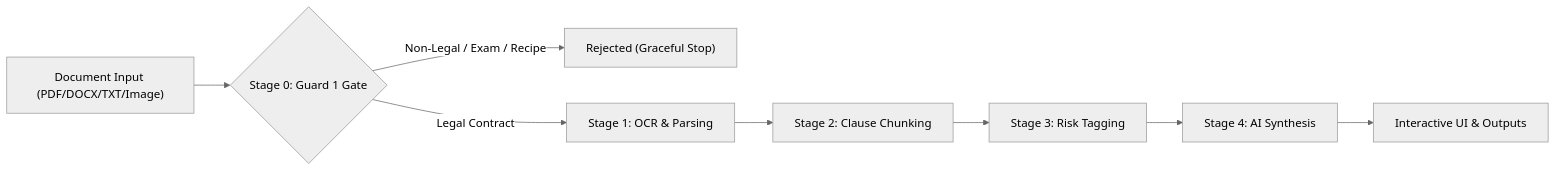
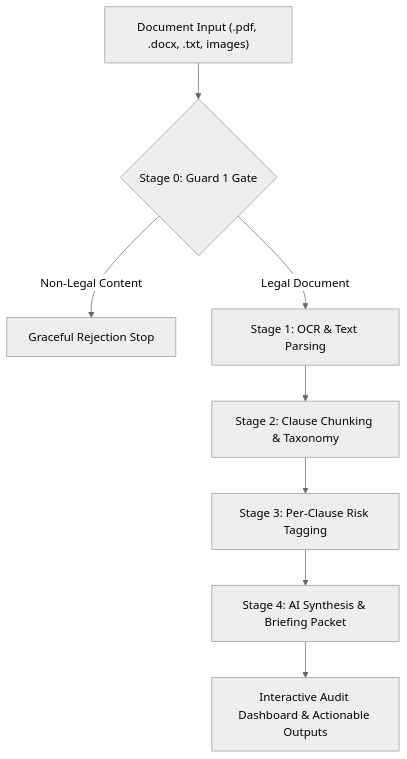
The diagram in README.md (shoaibkhan-sde/LegalLens), drawn with Mermaid (neutral theme) before and after one commit. The commit also changed other lines of this file and 5 other files, not shown here.

````diff
--- a/README.md
+++ b/README.md
@@ -47,10 +48,10 @@
 ```mermaid
-flowchart LR
-    A["Document Input (PDF/DOCX/TXT/Image)"] --> B{"Stage 0: Guard 1 Gate"}
-    B -- "Non-Legal / Exam / Recipe" --> C["Rejected (Graceful Stop)"]
-    B -- "Legal Contract" --> D["Stage 1: OCR & Parsing"]
-    D --> E["Stage 2: Clause Chunking"]
-    E --> F["Stage 3: Risk Tagging"]
-    F --> G["Stage 4: AI Synthesis"]
-    G --> H["Interactive UI & Outputs"]
+flowchart TD
+    A["Document Input (.pdf, .docx, .txt, images)"] --> B{"Stage 0: Guard 1 Gate"}
+    B -- "Non-Legal Content" --> C["Graceful Rejection Stop"]
+    B -- "Legal Document" --> D["Stage 1: OCR & Text Parsing"]
+    D --> E["Stage 2: Clause Chunking & Taxonomy"]
+    E --> F["Stage 3: Per-Clause Risk Tagging"]
+    F --> G["Stage 4: AI Synthesis & Briefing Packet"]
+    G --> H["Interactive Audit Dashboard & Actionable Outputs"]
 ```
````
